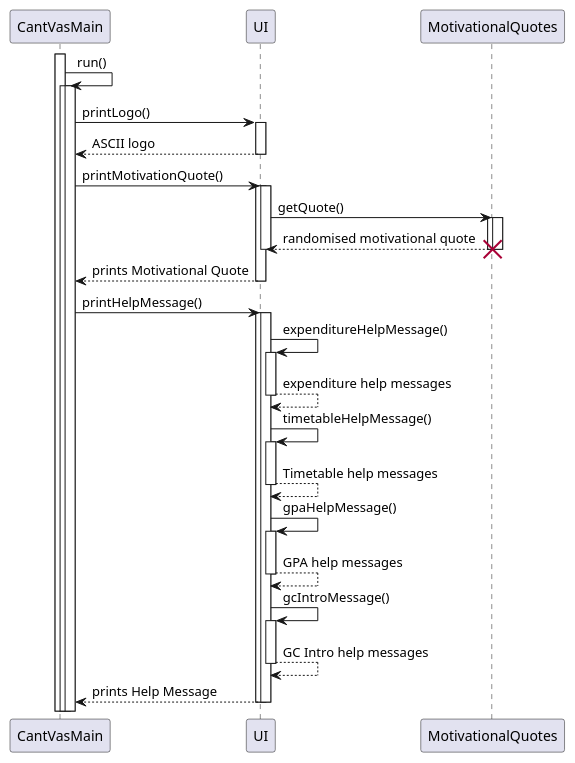
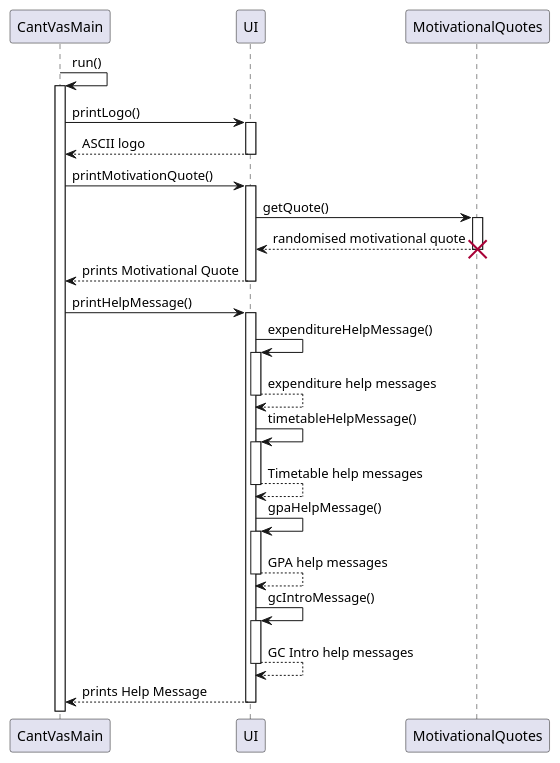
The diagram in docs/diagrams/sequencediagram/UISD.puml (nyh3/tp), drawn with PlantUML before and after one commit. The commit also changed 3 other files, not shown here.

Commit message:
updated sequence diagrams

```diff
--- a/docs/diagrams/sequencediagram/UISD.puml
+++ b/docs/diagrams/sequencediagram/UISD.puml
@@ -1,47 +1,46 @@
 @startuml
 'https://plantuml.com/sequence-diagram
 
 autoactivate on
 participant "CantVasMain" as CantVasMain
 participant "UI" as UI
 participant "MotivationalQuotes" as MotivationalQuotes
 
-activate CantVasMain
+
 
 CantVasMain -> CantVasMain: run()
-activate CantVasMain
+
 
 CantVasMain -> UI: printLogo()
 return ASCII logo
 
 
 CantVasMain -> UI: printMotivationQuote()
-activate UI
+
 
 UI -> MotivationalQuotes: getQuote()
-activate MotivationalQuotes
+
 UI <-- MotivationalQuotes: randomised motivational quote
 destroy MotivationalQuotes
 
-deactivate UI
+
 
 CantVasMain <-- UI: prints Motivational Quote
 
 CantVasMain -> UI: printHelpMessage()
-activate UI
+
 UI -> UI:expenditureHelpMessage()
 return expenditure help messages
 UI -> UI:timetableHelpMessage()
 return Timetable help messages
 UI -> UI:gpaHelpMessage()
 return GPA help messages
 UI -> UI:gcIntroMessage()
 return GC Intro help messages
 CantVasMain <-- UI: prints Help Message
 
-deactivate UI
 
 
 
 
 @enduml
```
